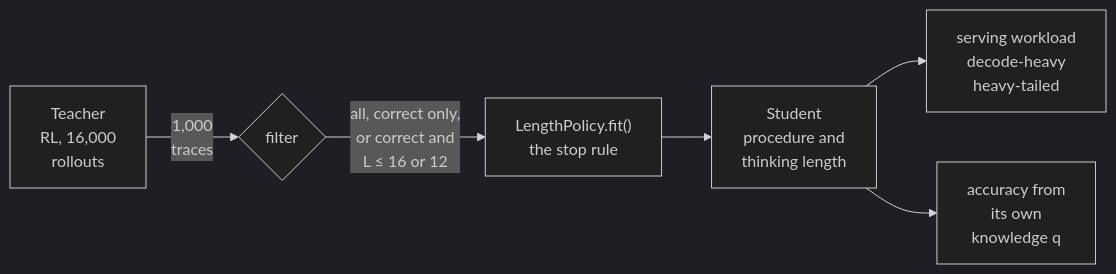
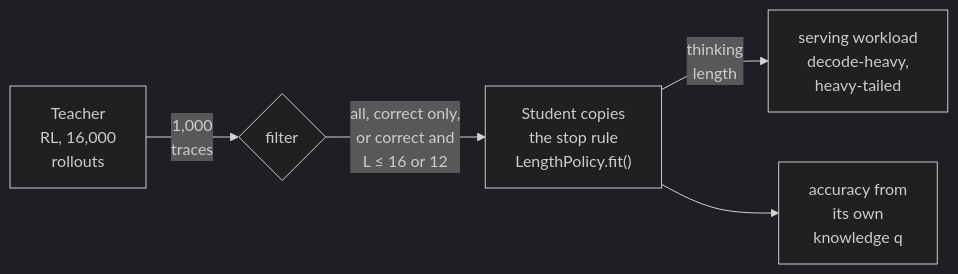
One commit to aniryou/full-stack-agentic-engineer changed the third of 4 diagrams in 00-foundations/distillation/PRIMER.md. Above: the diagram before and after it, drawn with Mermaid (dark theme). The commit also changed other lines of this file and 28 other files, not shown here.

First line of the commit message:
WIP snapshot: the figure round (charts, improvements, additions) in progress (2026-10-30T17:46:25Z); not validated [skip ci]

````diff
--- a/00-foundations/distillation/PRIMER.md
+++ b/00-foundations/distillation/PRIMER.md
@@ -511,8 +511,7 @@
 ```mermaid
 flowchart LR
   T["Teacher<br/>RL, 16,000<br/>rollouts"] -->|"1,000<br/>traces"| F{"filter"}
-  F -->|"all, correct only,<br/>or correct and<br/>L ≤ 16 or 12"| M["LengthPolicy.fit()<br/>the stop rule"]
-  M --> S["Student<br/>procedure and<br/>thinking length"]
-  S --> W["serving workload<br/>decode-heavy<br/>heavy-tailed"]
+  F -->|"all, correct only,<br/>or correct and<br/>L ≤ 16 or 12"| S["Student copies<br/>the stop rule<br/>LengthPolicy.fit()"]
+  S -->|"thinking<br/>length"| W["serving workload<br/>decode-heavy,<br/>heavy-tailed"]
   S --> K["accuracy from<br/>its own<br/>knowledge q"]
 ```
````
